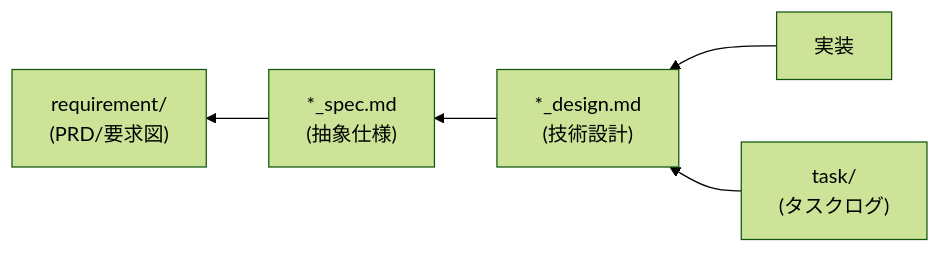
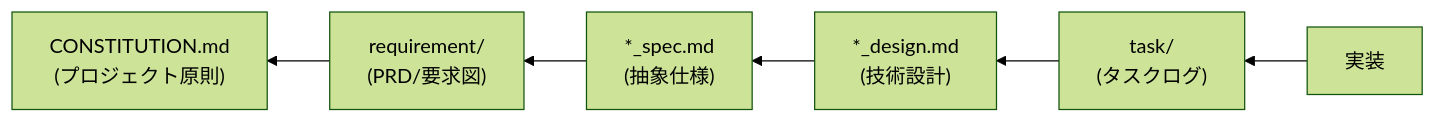
One commit to ToshikiImagawa/ai-sdd-workflow changed the diagram in plugins/sdd-workflow-ja/agents/sdd-workflow.md. Above: the diagram before and after it, drawn with Mermaid (forest theme). The commit also changed other lines of this file and 49 other files, not shown here.

````diff
--- a/plugins/sdd-workflow-ja/agents/sdd-workflow.md
+++ b/plugins/sdd-workflow-ja/agents/sdd-workflow.md
@@ -242,7 +244,8 @@
 ```mermaid
 graph RL
-    IMPL[実装] --> DESIGN["*_design.md<br/>(技術設計)"]
-    TASK["task/<br/>(タスクログ)"] --> DESIGN
+    IMPL[実装] --> TASK["task/<br/>(タスクログ)"]
+    TASK --> DESIGN["*_design.md<br/>(技術設計)"]
     DESIGN --> SPEC["*_spec.md<br/>(抽象仕様)"]
     SPEC --> PRD["requirement/<br/>(PRD/要求図)"]
+    PRD --> CONST["CONSTITUTION.md<br/>(プロジェクト原則)"]
 ```
````
